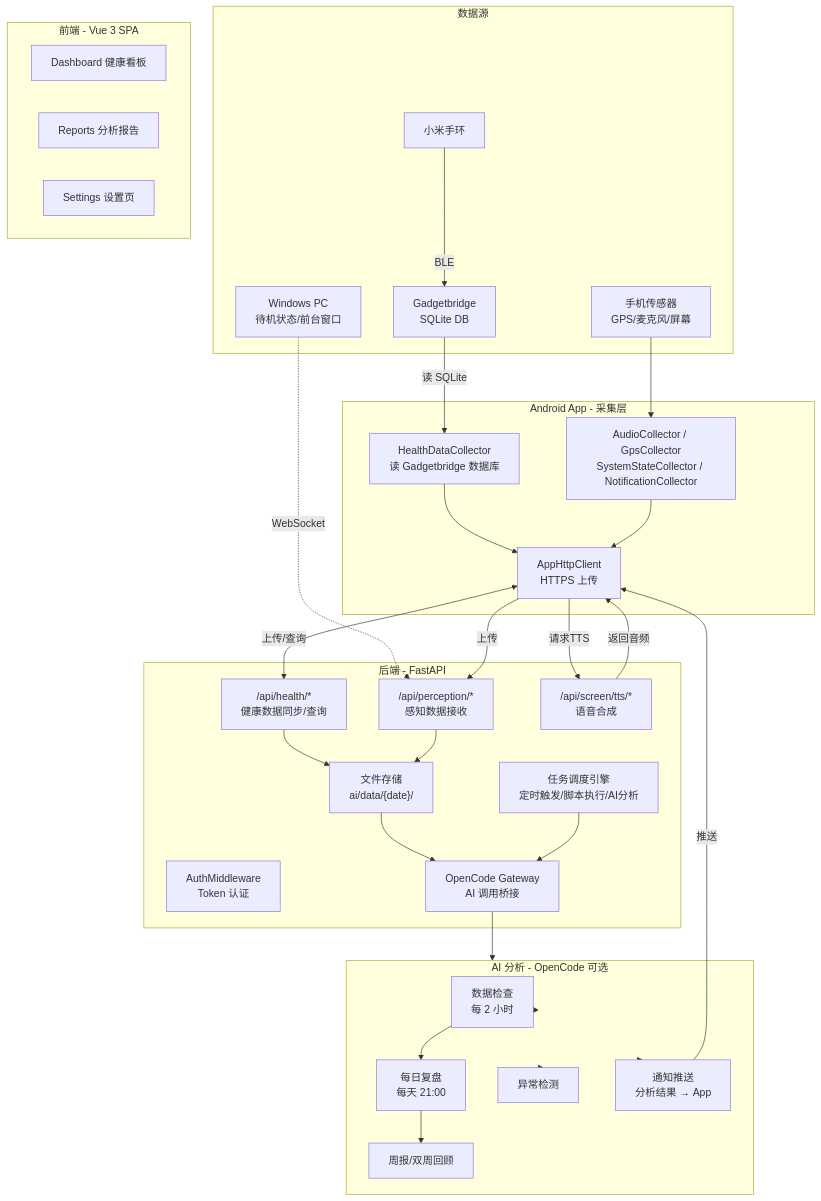
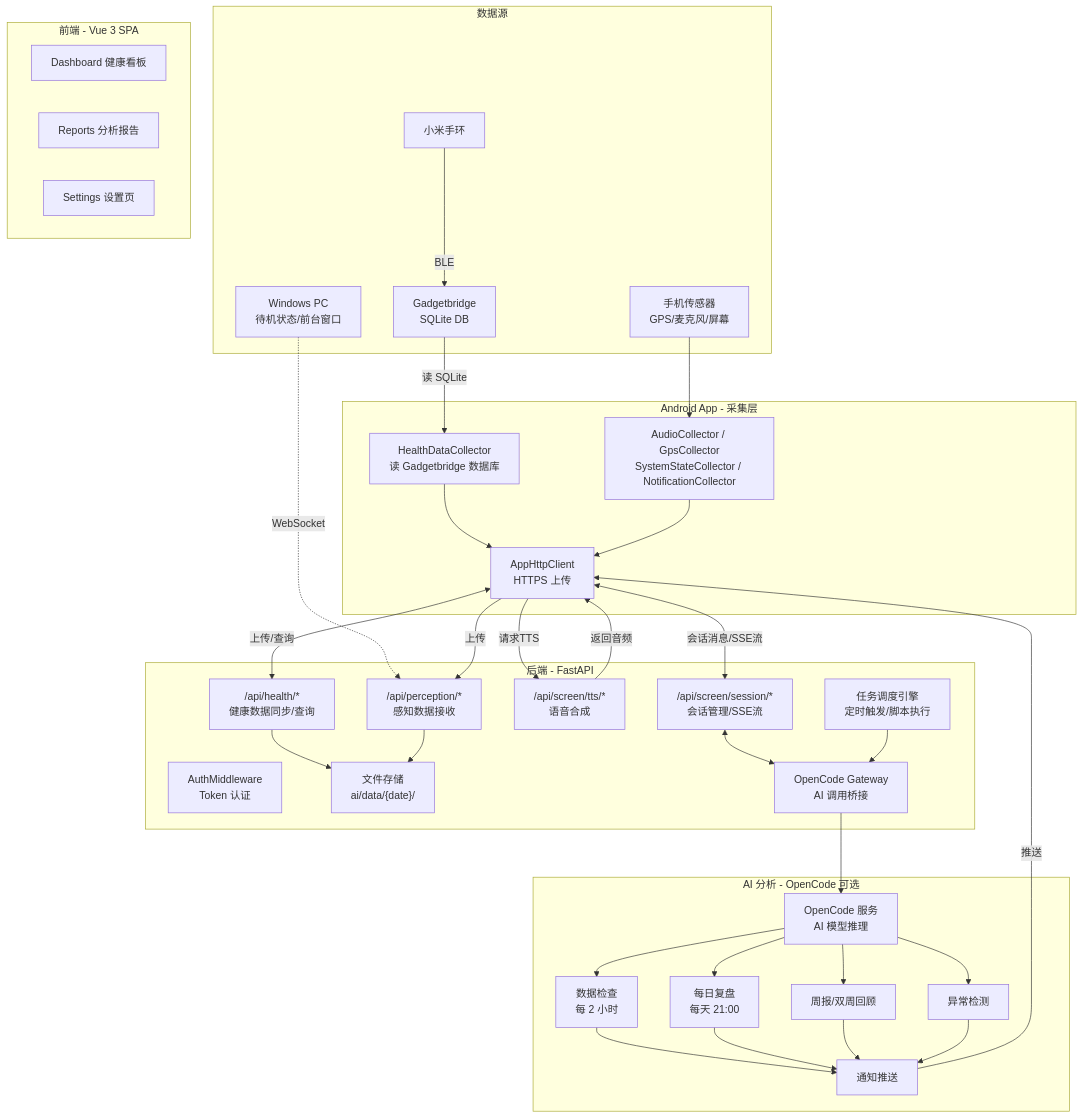
Before and after one commit to Axeuh/LiveLog-AI: the first of 2 diagrams in README.md, drawn with Mermaid.

Commit message:
docs: add session/SSE flow, fix AI arrow structure

````diff
--- a/README.md
+++ b/README.md
@@ -17,61 +17,71 @@
 ```mermaid
 graph TB
     subgraph DataSources[数据源]
         BAND[小米手环] -->|BLE| GB[Gadgetbridge<br/>SQLite DB]
         PHONE[手机传感器<br/>GPS/麦克风/屏幕]
         PC[Windows PC<br/>待机状态/前台窗口]
     end
 
     subgraph AppCollect[Android App - 采集层]
         HDC[HealthDataCollector<br/>读 Gadgetbridge 数据库]
         SENSORS[AudioCollector / GpsCollector<br/>SystemStateCollector / NotificationCollector]
         UPLOAD[AppHttpClient<br/>HTTPS 上传]
     end
 
     subgraph Backend[后端 - FastAPI]
         AUTH[AuthMiddleware<br/>Token 认证]
         HEALTH["/api/health/*<br/>健康数据同步/查询"]
         PERCEPTION["/api/perception/*<br/>感知数据接收"]
         TTS["/api/screen/tts/*<br/>语音合成"]
+        SESSION["/api/screen/session/*<br/>会话管理/SSE流"]
         STORE["文件存储<br/>ai/data/{date}/"]
         GATEWAY[OpenCode Gateway<br/>AI 调用桥接]
-        TASK[任务调度引擎<br/>定时触发/脚本执行/AI分析]
+        TASK[任务调度引擎<br/>定时触发/脚本执行]
     end
 
     subgraph Frontend[前端 - Vue 3 SPA]
         DASH[Dashboard 健康看板]
         REPT[Reports 分析报告]
         SETT[Settings 设置页]
     end
 
-    subgraph AI[AI 分析 - OpenCode 可选]
+    subgraph AISystem[AI 分析 - OpenCode 可选]
+        AI[OpenCode 服务<br/>AI 模型推理]
         DC[数据检查<br/>每 2 小时]
         DR[每日复盘<br/>每天 21:00]
         WR[周报/双周回顾]
         AD[异常检测]
-        NOTIFY[通知推送<br/>分析结果 → App]
+        NOTIFY[通知推送]
     end
 
     GB -->|读 SQLite| HDC
     PHONE --> SENSORS
     PC -.->|WebSocket| PERCEPTION
 
     HDC --> UPLOAD
     SENSORS --> UPLOAD
 
     UPLOAD <-->|上传/查询| HEALTH
     UPLOAD -->|上传| PERCEPTION
     UPLOAD -->|请求TTS| TTS
     TTS -->|返回音频| UPLOAD
 
+    UPLOAD <-->|会话消息/SSE流| SESSION
+    SESSION <--> GATEWAY
+
     HEALTH --> STORE
     PERCEPTION --> STORE
 
-    STORE --> GATEWAY
+    TASK --> GATEWAY
     GATEWAY --> AI
-    TASK --> GATEWAY
 
-    AI --> DC --> DR --> WR
+    AI --> DC
+    AI --> DR
+    AI --> WR
     AI --> AD
-    AI --> NOTIFY -->|推送| UPLOAD
+    DC --> NOTIFY
+    DR --> NOTIFY
+    WR --> NOTIFY
+    AD --> NOTIFY
+    NOTIFY -->|推送| UPLOAD
 ```
````
